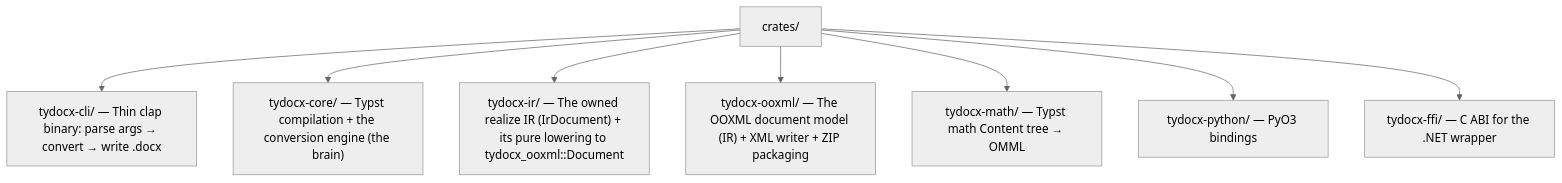
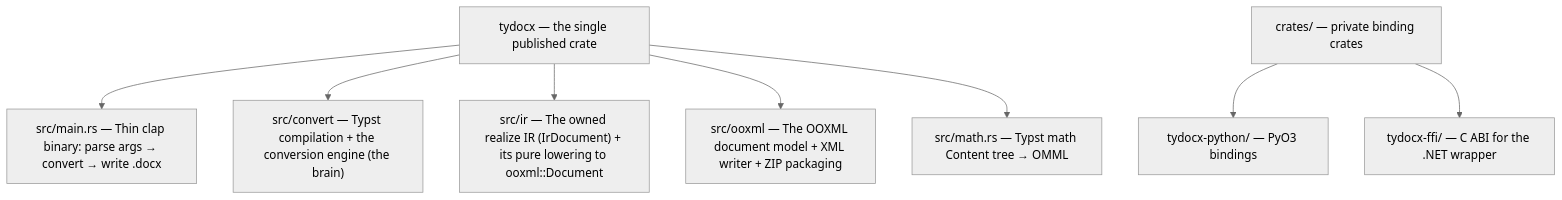
Before and after one commit to kwadraten/tydocx: the second of 2 diagrams in docs/ARCHITECTURE.md, drawn with Mermaid (neutral theme). The commit also changed other lines of this file and 248 other files, not shown here.

````diff
--- a/docs/ARCHITECTURE.md
+++ b/docs/ARCHITECTURE.md
@@ -192,10 +192,10 @@
 ```mermaid
 flowchart TD
-    CRATES["crates/"] --> CLI["tydocx-cli/ — Thin clap binary: parse args → convert → write .docx"]
-    CRATES --> CORE["tydocx-core/ — Typst compilation + the conversion engine (the brain)"]
-    CRATES --> IR["tydocx-ir/ — The owned realize IR (IrDocument) + its pure lowering to tydocx_ooxml::Document"]
-    CRATES --> OOXML["tydocx-ooxml/ — The OOXML document model (IR) + XML writer + ZIP packaging"]
-    CRATES --> MATH["tydocx-math/ — Typst math Content tree → OMML"]
-    CRATES --> PYTHON["tydocx-python/ — PyO3 bindings"]
-    CRATES --> FFI["tydocx-ffi/ — C ABI for the .NET wrapper"]
+    ROOT["tydocx — the single published crate"] --> CLI["src/main.rs — Thin clap binary: parse args → convert → write .docx"]
+    ROOT --> CORE["src/convert — Typst compilation + the conversion engine (the brain)"]
+    ROOT --> IR["src/ir — The owned realize IR (IrDocument) + its pure lowering to ooxml::Document"]
+    ROOT --> OOXML["src/ooxml — The OOXML document model + XML writer + ZIP packaging"]
+    ROOT --> MATH["src/math.rs — Typst math Content tree → OMML"]
+    BINDINGS["crates/ — private binding crates"] --> PYTHON["tydocx-python/ — PyO3 bindings"]
+    BINDINGS --> FFI["tydocx-ffi/ — C ABI for the .NET wrapper"]
 ```
````
